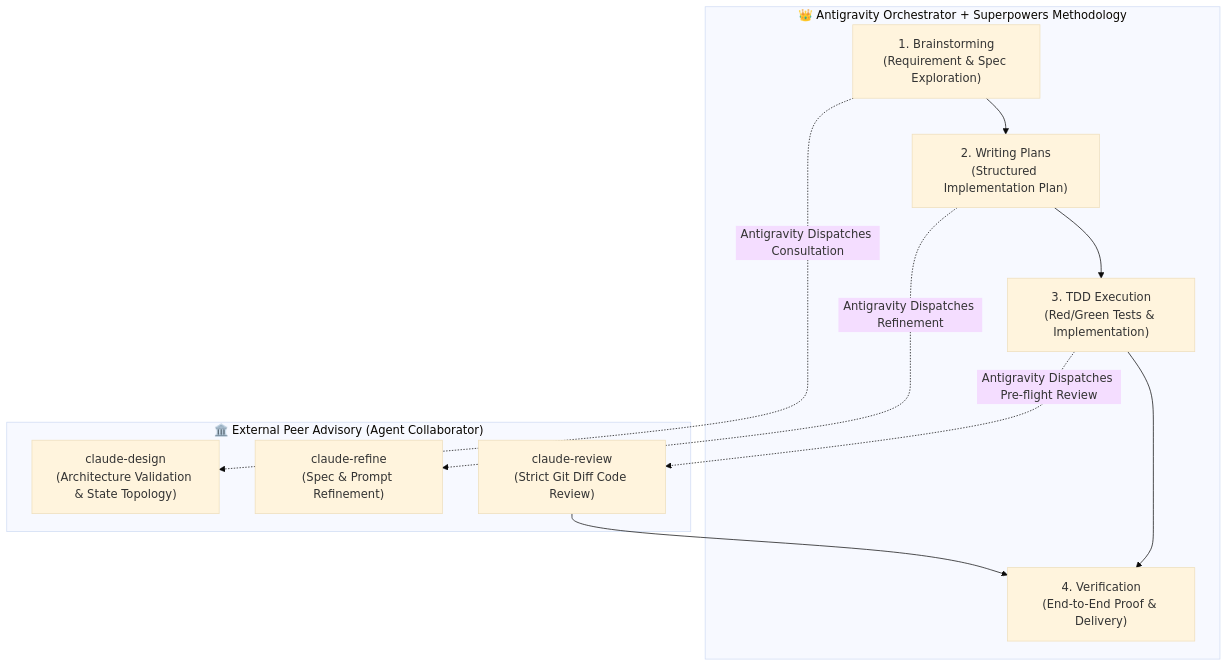
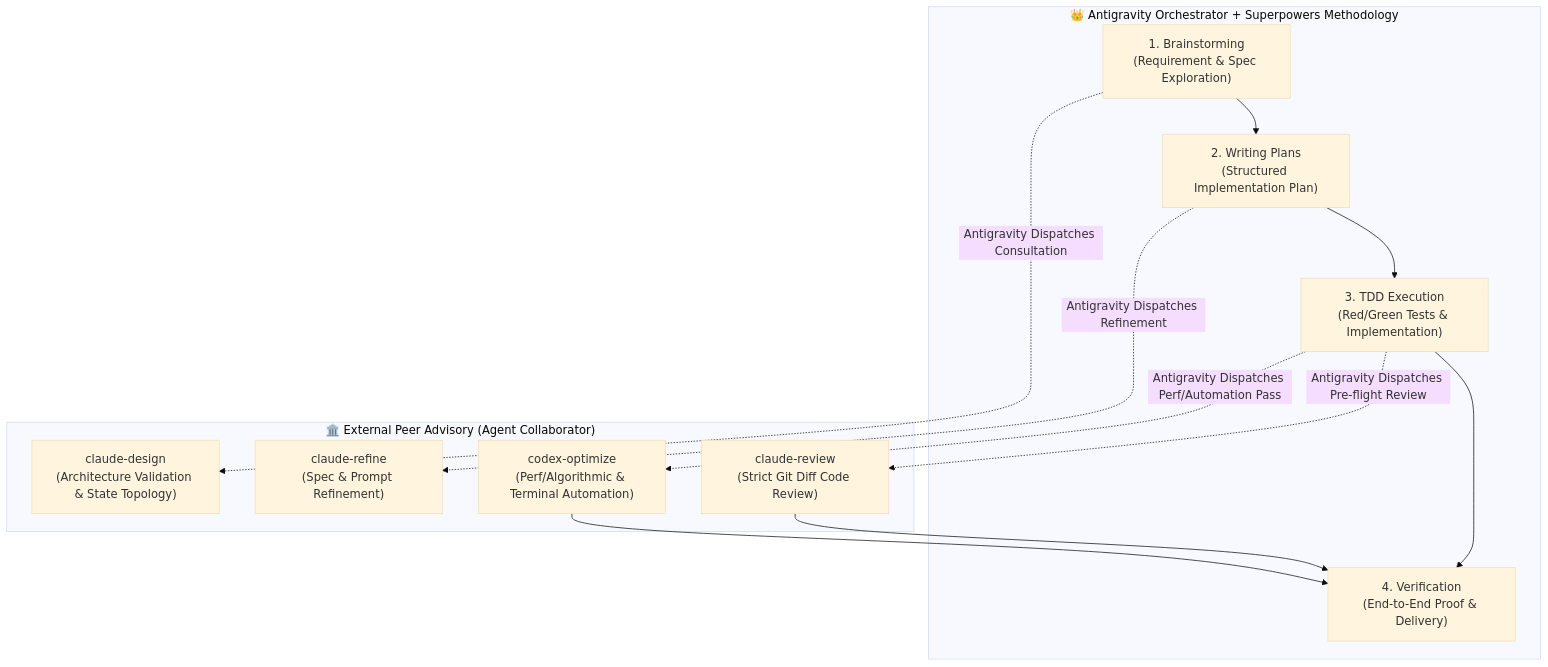
One commit to gogog22510/agent-collaborator changed the second of 2 diagrams in README.md. Above: the diagram before and after it, drawn with Mermaid (base theme). The commit also changed other lines of this file and 8 other files, not shown here.

````diff
--- a/README.md
+++ b/README.md
@@ -115,19 +135,22 @@
 ```mermaid
 flowchart TD
     subgraph AntigravitySuperpowers["👑 Antigravity Orchestrator + Superpowers Methodology"]
         B["1. Brainstorming<br/>(Requirement & Spec Exploration)"] --> P["2. Writing Plans<br/>(Structured Implementation Plan)"]
         P --> T["3. TDD Execution<br/>(Red/Green Tests & Implementation)"]
         T --> V["4. Verification<br/>(End-to-End Proof & Delivery)"]
     end
 
     subgraph PeerAdvisors["🏛️ External Peer Advisory (Agent Collaborator)"]
         CD["claude-design<br/>(Architecture Validation & State Topology)"]
         CR["claude-refine<br/>(Spec & Prompt Refinement)"]
         CW["claude-review<br/>(Strict Git Diff Code Review)"]
+        CO["codex-optimize<br/>(Perf/Algorithmic & Terminal Automation)"]
     end
 
     B -.->|Antigravity Dispatches Consultation| CD
     P -.->|Antigravity Dispatches Refinement| CR
     T -.->|Antigravity Dispatches Pre-flight Review| CW
+    T -.->|Antigravity Dispatches Perf/Automation Pass| CO
     CW --> V
+    CO --> V
 ```
````
